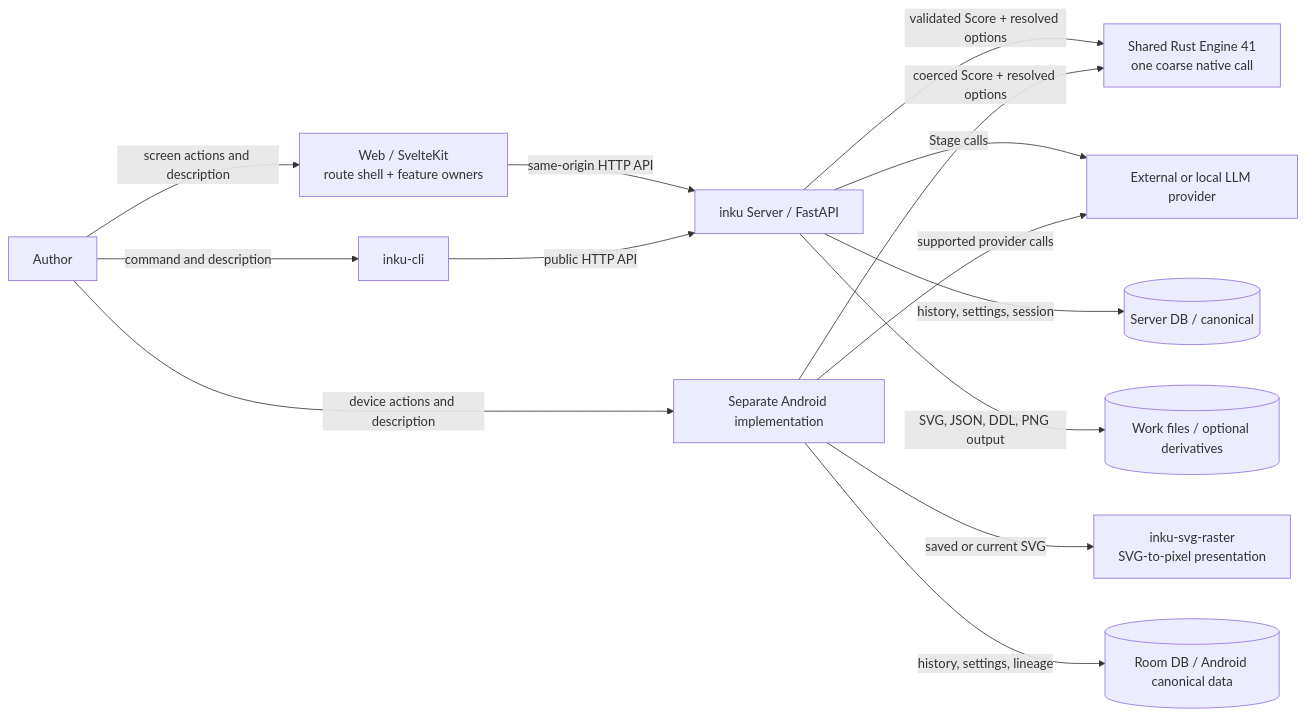
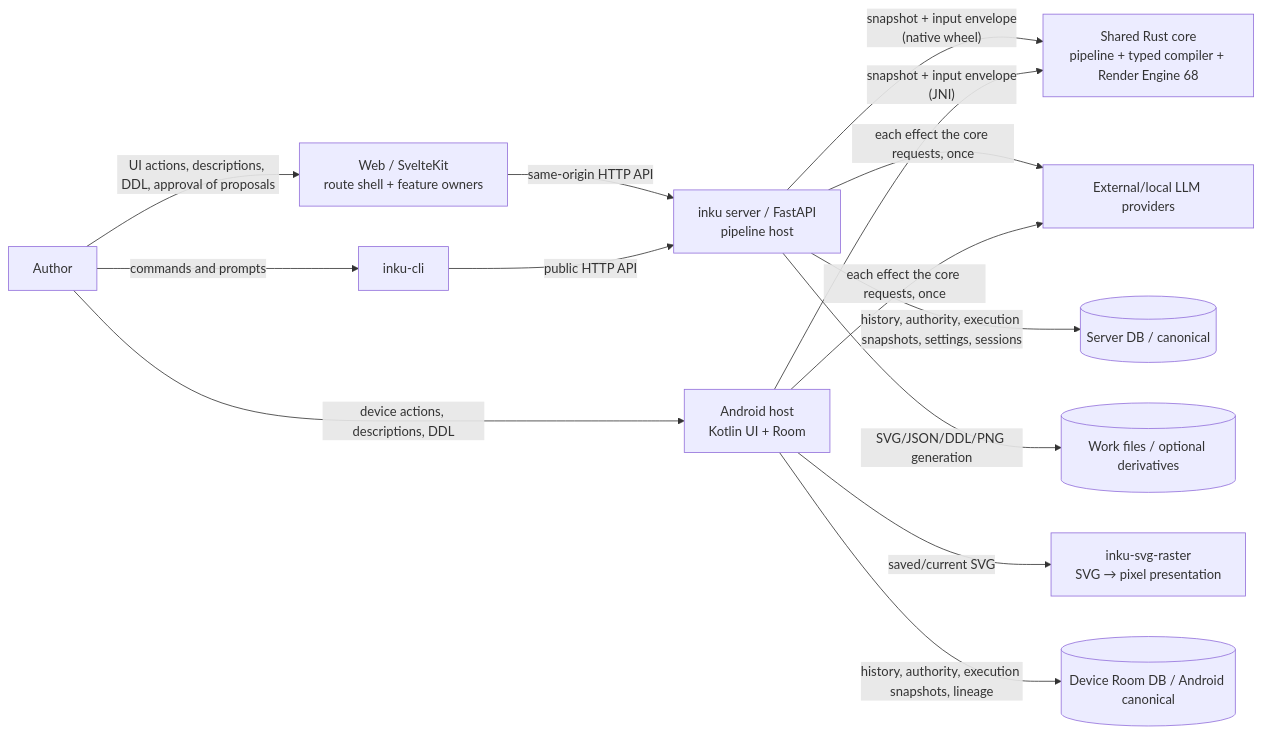
The diagram in docs/architecture/system-context.md (oikawas/inku-lang), drawn with Mermaid before and after one commit. The commit also changed other lines of this file and 27 other files, not shown here.

First line of the commit message:
Update architecture documents for the shared Rust pipeline

````diff
--- a/docs/architecture/system-context.md
+++ b/docs/architecture/system-context.md
@@ -5,28 +5,28 @@
 ```mermaid
 flowchart LR
     SYS_USER["Author"]
     SYS_WEB["Web / SvelteKit\nroute shell + feature owners"]
     SYS_CLI["inku-cli"]
-    SYS_ANDROID["Separate Android implementation"]
-    SYS_API["inku Server / FastAPI"]
-    SYS_CORE["Shared Rust Engine 41\none coarse native call"]
-    SYS_RASTER["inku-svg-raster\nSVG-to-pixel presentation"]
-    SYS_LLM["External or local LLM provider"]
+    SYS_ANDROID["Android host\nKotlin UI + Room"]
+    SYS_API["inku server / FastAPI\npipeline host"]
+    SYS_CORE["Shared Rust core\npipeline + typed compiler + Render Engine 68"]
+    SYS_RASTER["inku-svg-raster\nSVG → pixel presentation"]
+    SYS_LLM["External/local LLM providers"]
     SYS_DB[("Server DB / canonical")]
     SYS_FILES[("Work files / optional derivatives")]
-    ANDROID_DB[("Room DB / Android canonical data")]
+    ANDROID_DB[("Device Room DB / Android canonical")]
 
-    SYS_USER -->|"screen actions and description"| SYS_WEB
-    SYS_USER -->|"command and description"| SYS_CLI
-    SYS_USER -->|"device actions and description"| SYS_ANDROID
+    SYS_USER -->|"UI actions, descriptions, DDL, approval of proposals"| SYS_WEB
+    SYS_USER -->|"commands and prompts"| SYS_CLI
+    SYS_USER -->|"device actions, descriptions, DDL"| SYS_ANDROID
     SYS_WEB -->|"same-origin HTTP API"| SYS_API
     SYS_CLI -->|"public HTTP API"| SYS_API
-    SYS_API -->|"validated Score + resolved options"| SYS_CORE
-    SYS_ANDROID -->|"coerced Score + resolved options"| SYS_CORE
-    SYS_ANDROID -->|"saved or current SVG"| SYS_RASTER
-    SYS_API -->|"Stage calls"| SYS_LLM
-    SYS_API -->|"history, settings, session"| SYS_DB
-    SYS_API -->|"SVG, JSON, DDL, PNG output"| SYS_FILES
-    SYS_ANDROID -->|"supported provider calls"| SYS_LLM
-    SYS_ANDROID -->|"history, settings, lineage"| ANDROID_DB
+    SYS_API -->|"snapshot + input envelope\n(native wheel)"| SYS_CORE
+    SYS_ANDROID -->|"snapshot + input envelope\n(JNI)"| SYS_CORE
+    SYS_ANDROID -->|"saved/current SVG"| SYS_RASTER
+    SYS_API -->|"each effect the core requests, once"| SYS_LLM
+    SYS_ANDROID -->|"each effect the core requests, once"| SYS_LLM
+    SYS_API -->|"history, authority, execution snapshots, settings, sessions"| SYS_DB
+    SYS_API -->|"SVG/JSON/DDL/PNG generation"| SYS_FILES
+    SYS_ANDROID -->|"history, authority, execution snapshots, lineage"| ANDROID_DB
 ```
````
